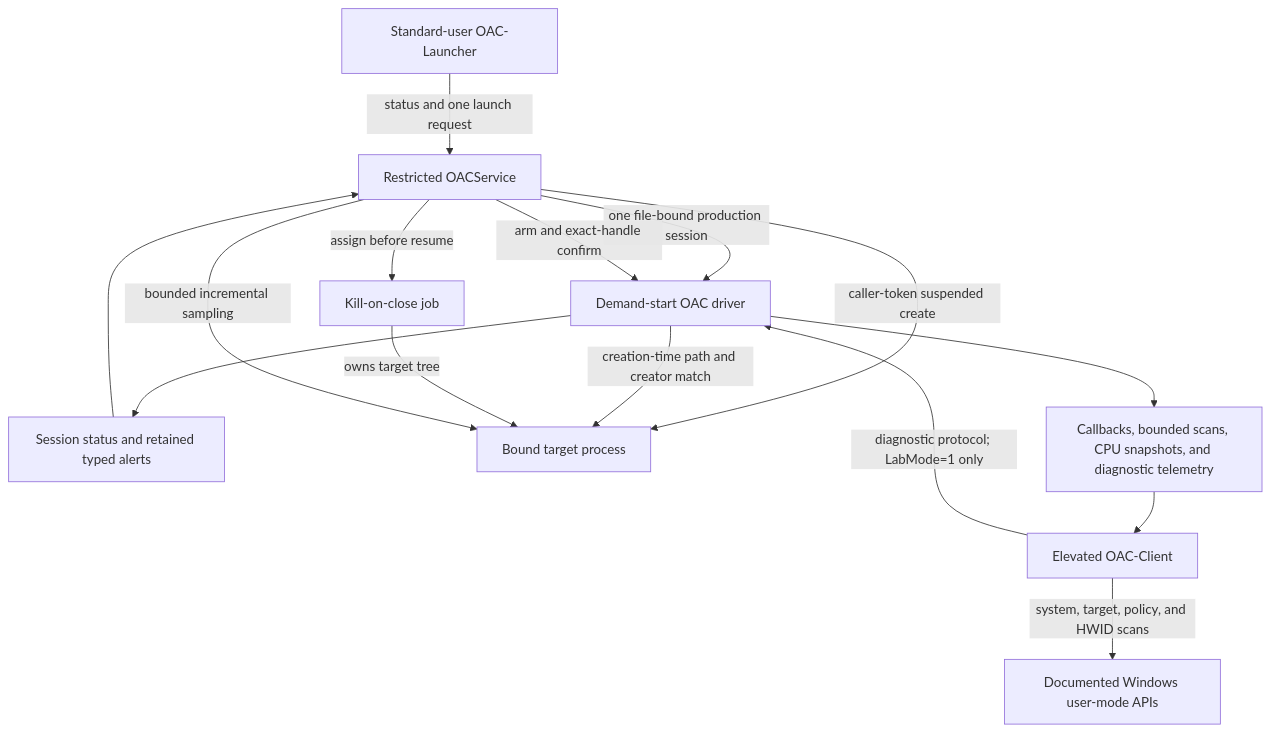
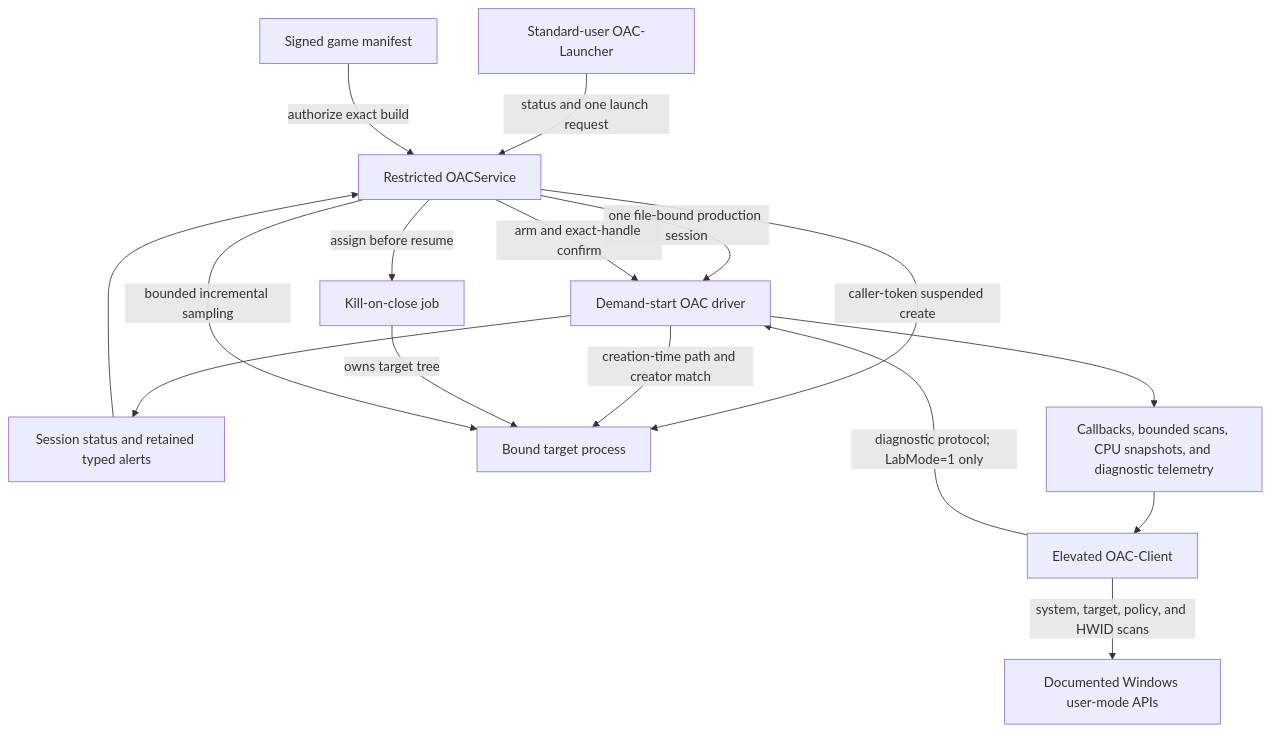
One commit to lauralex/OAC changed the diagram in docs/ARCHITECTURE.md. Above: the diagram before and after it, drawn with Mermaid. The commit also changed other lines of this file and 32 other files, not shown here.

Commit message:
Authorize launches with signed game manifests

````diff
--- a/docs/ARCHITECTURE.md
+++ b/docs/ARCHITECTURE.md
@@ -10,18 +11,19 @@
 ```mermaid
 flowchart TD
     L["Standard-user OAC-Launcher"] -->|"status and one launch request"| S["Restricted OACService"]
+    M["Signed game manifest"] -->|"authorize exact build"| S
     S -->|"one file-bound production session"| D["Demand-start OAC driver"]
     D --> C["Session status and retained typed alerts"]
     C --> S
     S -->|"caller-token suspended create"| T["Bound target process"]
     S -->|"arm and exact-handle confirm"| D
     D -->|"creation-time path and creator match"| T
     S -->|"assign before resume"| J["Kill-on-close job"]
     J -->|"owns target tree"| T
     S -->|"bounded incremental sampling"| T
 
     X["Elevated OAC-Client"] -->|"diagnostic protocol; LabMode=1 only"| D
     X -->|"system, target, policy, and HWID scans"| W["Documented Windows user-mode APIs"]
     D --> K["Callbacks, bounded scans, CPU snapshots, and diagnostic telemetry"]
     K --> X
 ```
````
